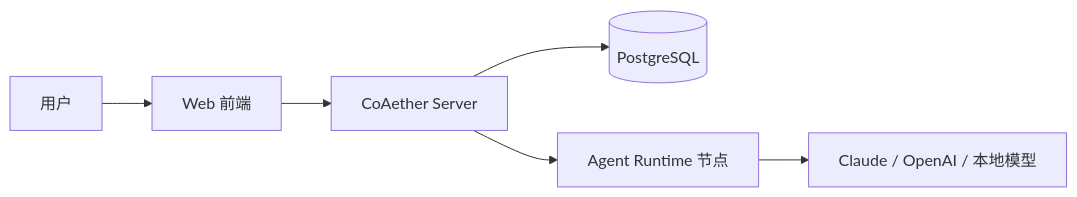
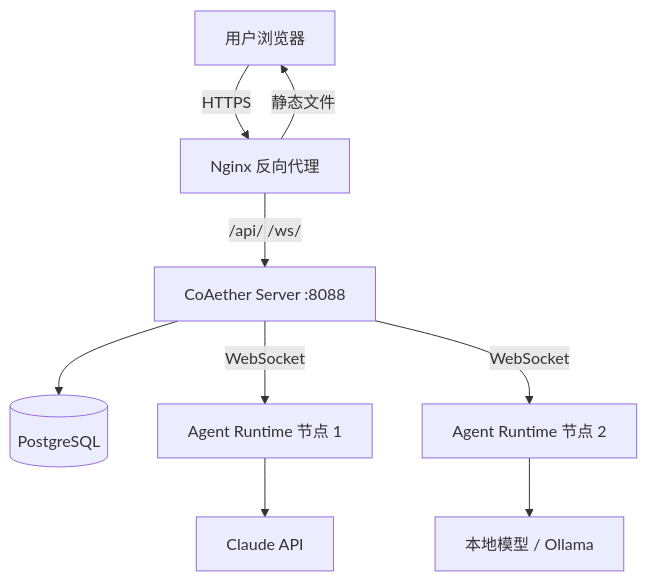
The diagram in docs/guide/getting-started.md (madage/coaether), drawn with Mermaid before and after one commit. The commit also changed other lines of this file and 26 other files, not shown here.

````diff
--- a/docs/guide/getting-started.md
+++ b/docs/guide/getting-started.md
@@ -22,8 +33,11 @@
 ```mermaid
-graph LR
-    A[用户] --> B[Web 前端]
-    B --> C[CoAether Server]
+graph TB
+    A[用户浏览器] -->|HTTPS| B[Nginx 反向代理]
+    B -->|/api/ /ws/| C[CoAether Server :8088]
+    B -->|静态文件| A
     C --> D[(PostgreSQL)]
-    C --> E[Agent Runtime 节点]
-    E --> F[Claude / OpenAI / 本地模型]
+    C -->|WebSocket| E[Agent Runtime 节点 1]
+    C -->|WebSocket| F[Agent Runtime 节点 2]
+    E --> G[Claude API]
+    F --> H[本地模型 / Ollama]
 ```
````
